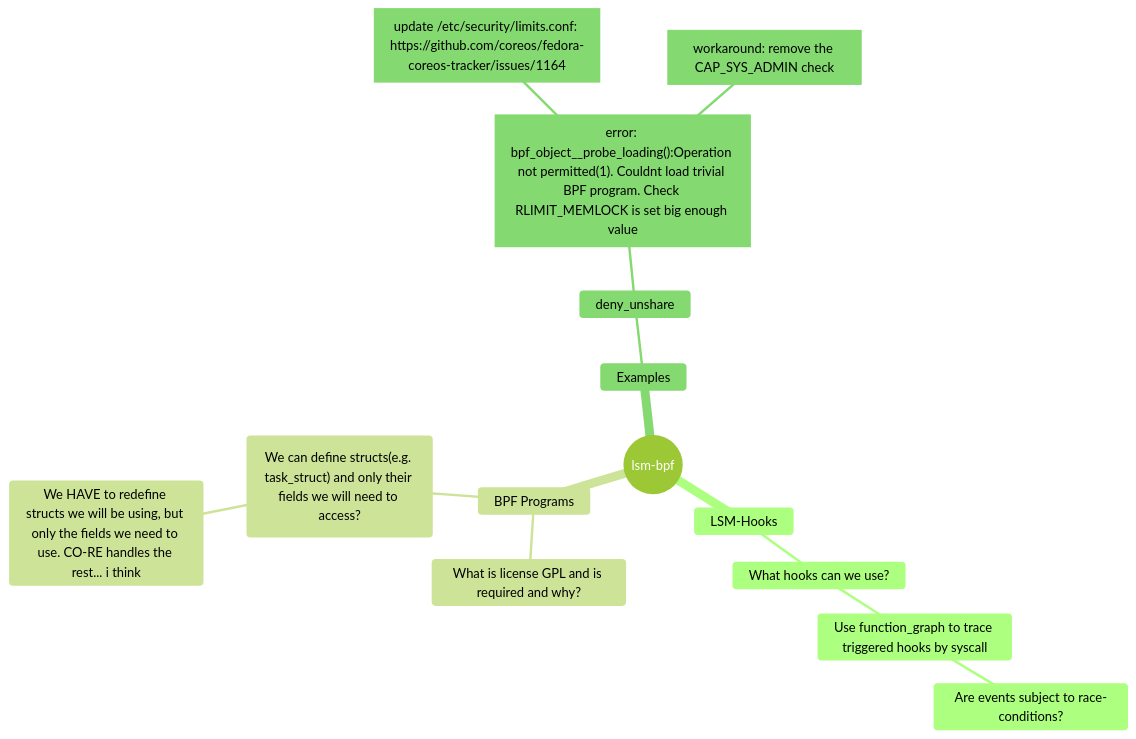
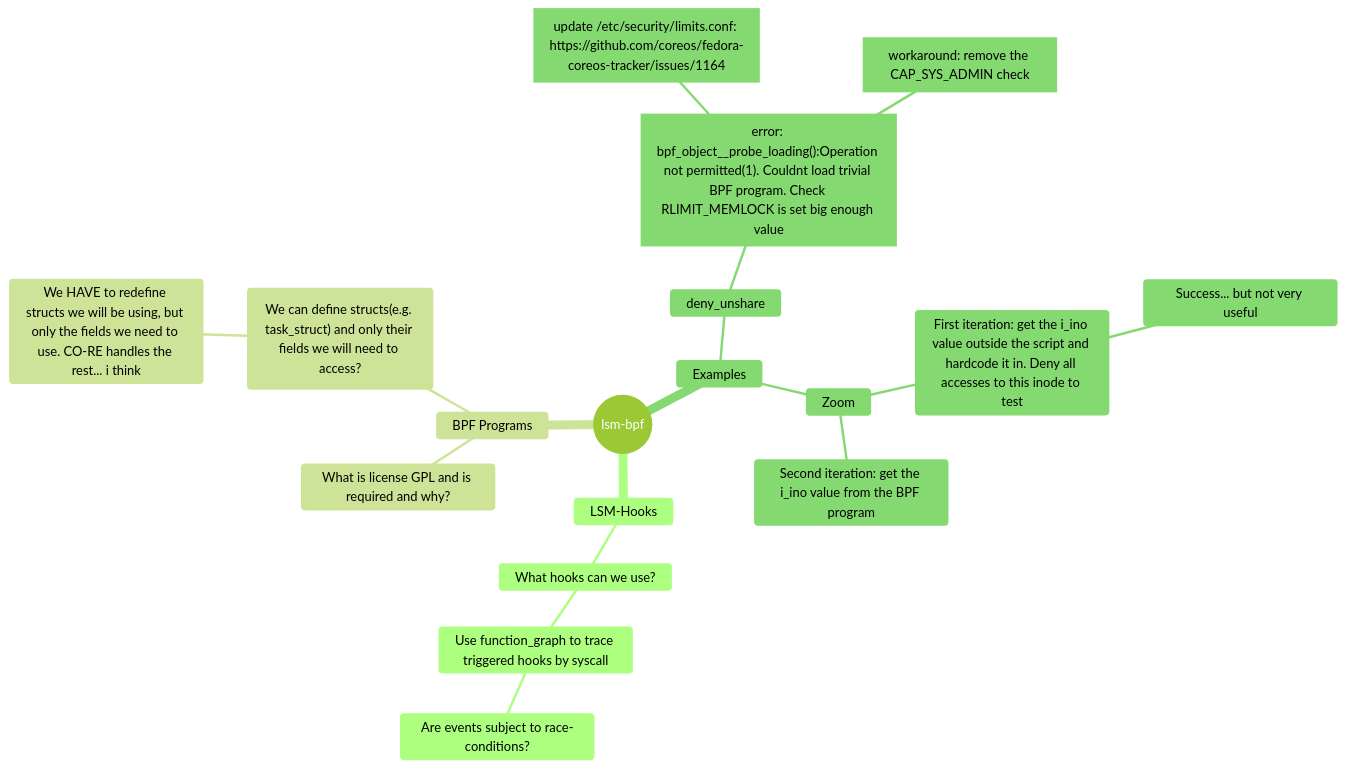
One commit to Turbodunker/lsm-bpf changed the diagram in Questions:.md. Above: the diagram before and after it, drawn with Mermaid (forest theme).

Commit message:
Updated Questions: (markdown)

````diff
--- a/Questions:.md
+++ b/Questions:.md
@@ -6,18 +6,22 @@
 ``` mermaid
     mindmap
         root((lsm-bpf))
             LSM-Hooks
                 What hooks can we use?
                     Use function_graph to trace triggered hooks by syscall
                         Are events subject to race-conditions?
             BPF Programs
                 What is license GPL and is required and why?
                 ("We can define structs(e.g. task_struct) and only their fields we will need to access?")
                     We HAVE to redefine structs we will be using, but only the fields we need to use. CO-RE handles the rest... i think
             Examples
                 deny_unshare
                     id1["error: bpf_object__probe_loading():Operation not permitted(1). Couldnt load trivial BPF program. Check RLIMIT_MEMLOCK is set big enough value"]
                         id2["update /etc/security/limits.conf: https://github.com/coreos/fedora-coreos-tracker/issues/1164"]
                         workaround["workaround: remove the CAP_SYS_ADMIN check"]
+                Zoom
+                    First iteration: get the i_ino value outside the script and hardcode it in. Deny all accesses to this inode to test
+                        Success... but not very useful
+                    Second iteration: get the i_ino value from the BPF program
 
 ```
````
